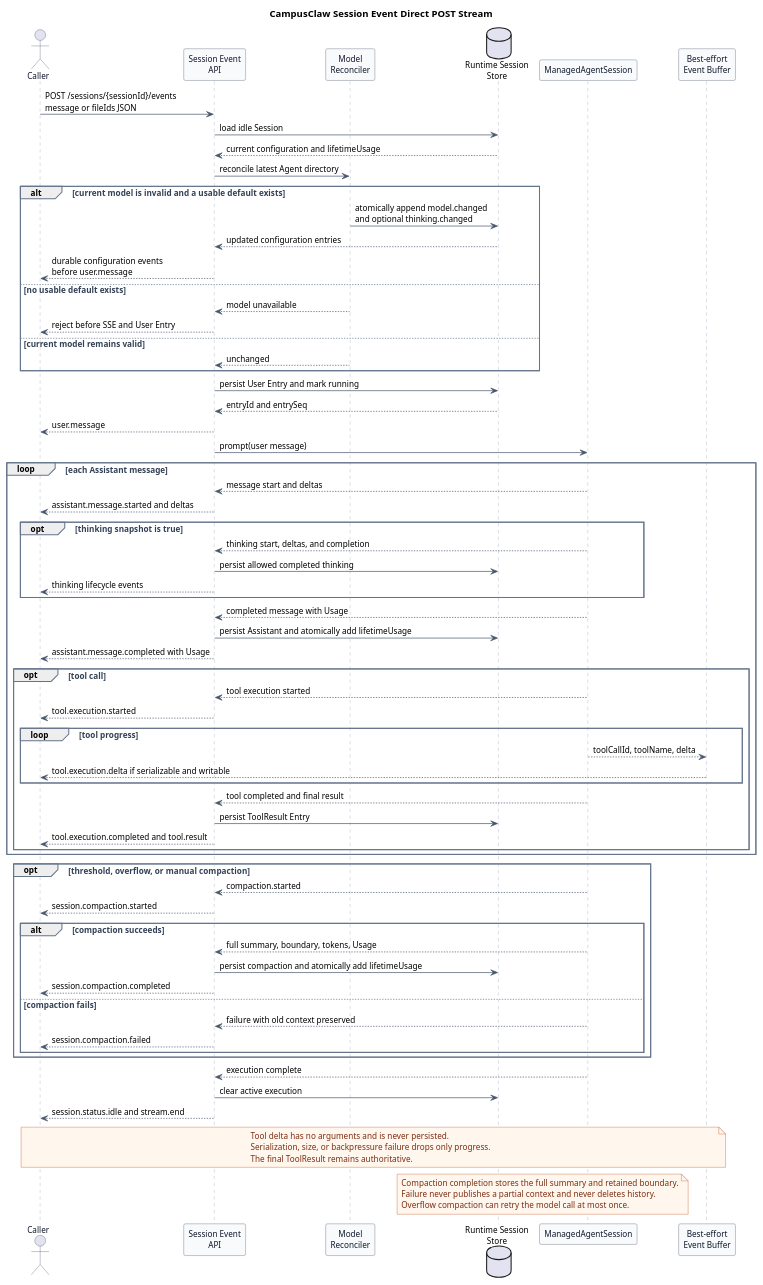
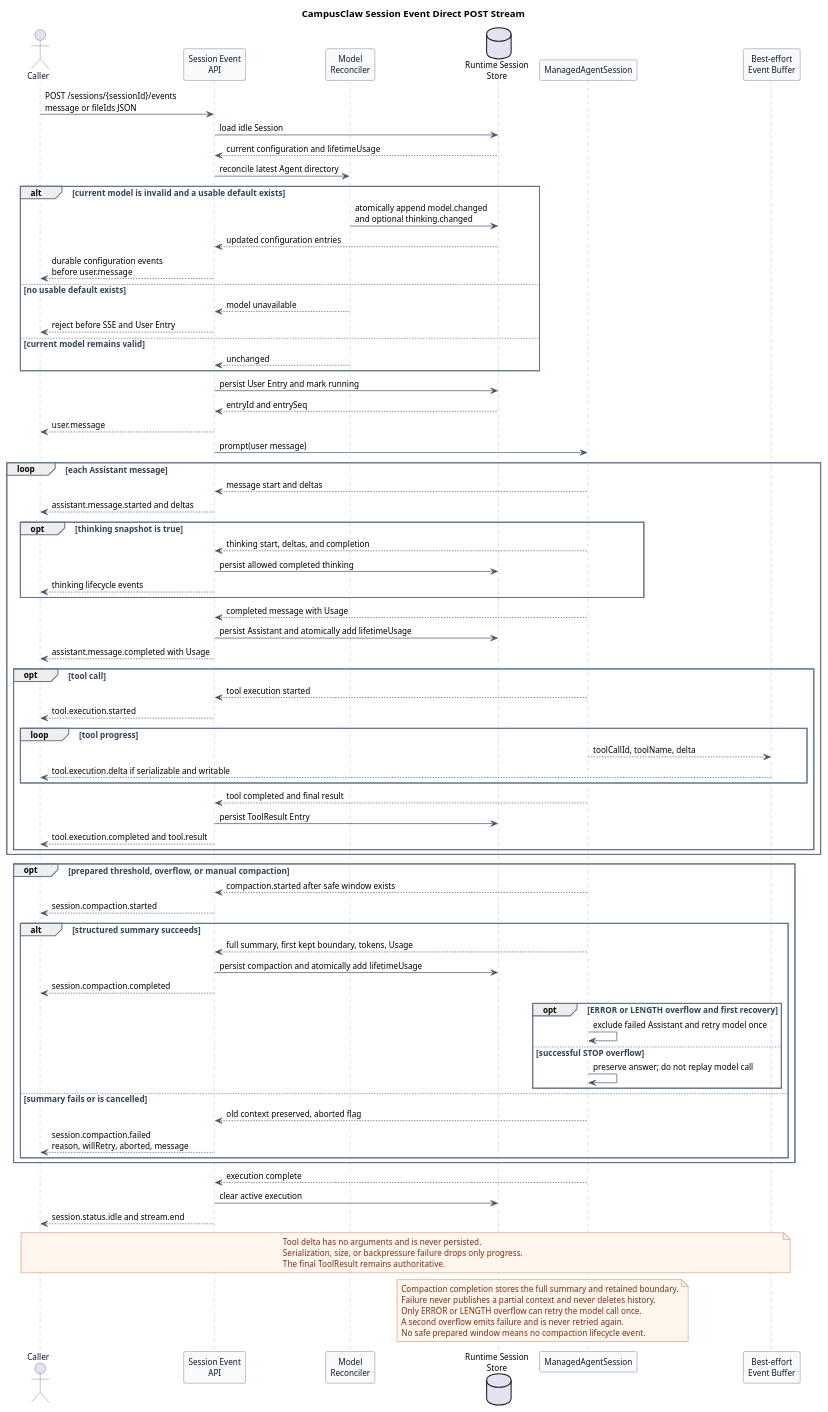
One commit to ssm0808/pi-mono-java-design changed the first of 2 diagrams in pi-mono-java-manager-driven-multi-agent-runtime/diagrams/session-events/diagram.puml. Above: the diagram before and after it, drawn with PlantUML. The commit also changed 15 other files, not shown here.

```diff
--- a/pi-mono-java-manager-driven-multi-agent-runtime/diagrams/session-events/diagram.puml
+++ b/pi-mono-java-manager-driven-multi-agent-runtime/diagrams/session-events/diagram.puml
@@ -1,122 +1,133 @@
 @startuml http_session_event_stream
 title CampusClaw Session Event Direct POST Stream
 
 ' Source evidence (pi-mono 5cd93f688aaab89dbb6dfa4aca535f21796ae185):
 ' packages/agent/src/types.ts, AgentEvent.
 ' packages/agent/src/agent-loop.ts, tool execution events and ToolResult messages.
-' packages/coding-agent/src/core/agent-session.ts, compaction and Agent event handling.
+' packages/coding-agent/src/core/agent-session.ts, _checkCompaction and _runAutoCompaction.
+' packages/coding-agent/src/core/compaction/compaction.ts, estimateContextTokens,
+' prepareCompaction, compact, and generateSummaryWithUsage.
+' packages/ai/src/utils/overflow.ts, isContextOverflow and isRecoverableLength.
 ' Source evidence (pi-mono-java PR 167 f60cc3e78bb8b700527ac082c7c8e10524ede095):
 ' modules/coding-agent-cli/src/main/java/com/campusclaw/codingagent/runtimeapi/event/RuntimeEventService.java.
 ' modules/coding-agent-cli/src/main/java/com/campusclaw/codingagent/runtimeapi/event/RuntimeEventProjector.java.
 ' modules/coding-agent-cli/src/main/java/com/campusclaw/codingagent/session/ManagedAgentSession.java.
 ' Observed behavior: PR 167 has a request-scoped SSE execution and durable message entries,
 ' but it does not retain compaction or expose durable configuration-change events.
 ' Architecture change: model reconciliation happens before accepting a User Entry.
 ' Architecture change: Assistant and compaction completions persist Usage and update lifetime Usage.
 ' Security hardening: tool delta omits arguments and is best-effort; dropping it never fails a tool.
 ' Design reason: keep transient progress separate from the durable history and recovery boundary.
+' Java divergence: Runtime database Entries replace pi JSONL compaction entries.
 
 skinparam backgroundColor #FFFFFF
 skinparam shadowing false
 skinparam defaultFontName Arial
 skinparam defaultFontSize 12
 skinparam sequence {
   ArrowColor #475569
   ActorBorderColor #475569
   ActorFontColor #0F172A
   LifeLineBorderColor #94A3B8
   LifeLineBackgroundColor #F8FAFC
   ParticipantBorderColor #475569
   ParticipantBackgroundColor #F8FAFC
   ParticipantFontColor #0F172A
   GroupBorderColor #64748B
   GroupFontColor #334155
 }
 skinparam note {
   BackgroundColor #FFF7ED
   BorderColor #C2410C
   FontColor #7C2D12
 }
 
 actor Caller
 participant "Session Event\nAPI" as API
 participant "Model\nReconciler" as Reconciler
 database "Runtime Session\nStore" as Store
 participant "ManagedAgentSession" as Session
 participant "Best-effort\nEvent Buffer" as Buffer
 
 Caller -> API : POST /sessions/{sessionId}/events\nmessage or fileIds JSON
 API -> Store : load idle Session
 Store --> API : current configuration and lifetimeUsage
 API -> Reconciler : reconcile latest Agent directory
 
 alt current model is invalid and a usable default exists
   Reconciler -> Store : atomically append model.changed\nand optional thinking.changed
   Store --> API : updated configuration entries
   API --> Caller : durable configuration events\nbefore user.message
 else no usable default exists
   Reconciler --> API : model unavailable
   API --> Caller : reject before SSE and User Entry
 else current model remains valid
   Reconciler --> API : unchanged
 end
 
 API -> Store : persist User Entry and mark running
 Store --> API : entryId and entrySeq
 API --> Caller : user.message
 API -> Session : prompt(user message)
 
 loop each Assistant message
   Session --> API : message start and deltas
   API --> Caller : assistant.message.started and deltas
   opt thinking snapshot is true
     Session --> API : thinking start, deltas, and completion
     API -> Store : persist allowed completed thinking
     API --> Caller : thinking lifecycle events
   end
   Session --> API : completed message with Usage
   API -> Store : persist Assistant and atomically add lifetimeUsage
   API --> Caller : assistant.message.completed with Usage
 
   opt tool call
     Session --> API : tool execution started
     API --> Caller : tool.execution.started
     loop tool progress
       Session --> Buffer : toolCallId, toolName, delta
       Buffer --> Caller : tool.execution.delta if serializable and writable
     end
     Session --> API : tool completed and final result
     API -> Store : persist ToolResult Entry
     API --> Caller : tool.execution.completed and tool.result
   end
 end
 
-opt threshold, overflow, or manual compaction
-  Session --> API : compaction.started
+opt prepared threshold, overflow, or manual compaction
+  Session --> API : compaction.started after safe window exists
   API --> Caller : session.compaction.started
-  alt compaction succeeds
-    Session --> API : full summary, boundary, tokens, Usage
+  alt structured summary succeeds
+    Session --> API : full summary, first kept boundary, tokens, Usage
     API -> Store : persist compaction and atomically add lifetimeUsage
     API --> Caller : session.compaction.completed
-  else compaction fails
-    Session --> API : failure with old context preserved
-    API --> Caller : session.compaction.failed
+    opt ERROR or LENGTH overflow and first recovery
+      Session -> Session : exclude failed Assistant and retry model once
+    else successful STOP overflow
+      Session -> Session : preserve answer; do not replay model call
+    end
+  else summary fails or is cancelled
+    Session --> API : old context preserved, aborted flag
+    API --> Caller : session.compaction.failed\nreason, willRetry, aborted, message
   end
 end
 
 Session --> API : execution complete
 API -> Store : clear active execution
 API --> Caller : session.status.idle and stream.end
 
 note over Buffer,Caller
 Tool delta has no arguments and is never persisted.
 Serialization, size, or backpressure failure drops only progress.
 The final ToolResult remains authoritative.
 end note
 
 note over Session,Store
 Compaction completion stores the full summary and retained boundary.
 Failure never publishes a partial context and never deletes history.
-Overflow compaction can retry the model call at most once.
+Only ERROR or LENGTH overflow can retry the model call once.
+A second overflow emits failure and is never retried again.
+No safe prepared window means no compaction lifecycle event.
 end note
 @enduml
```
